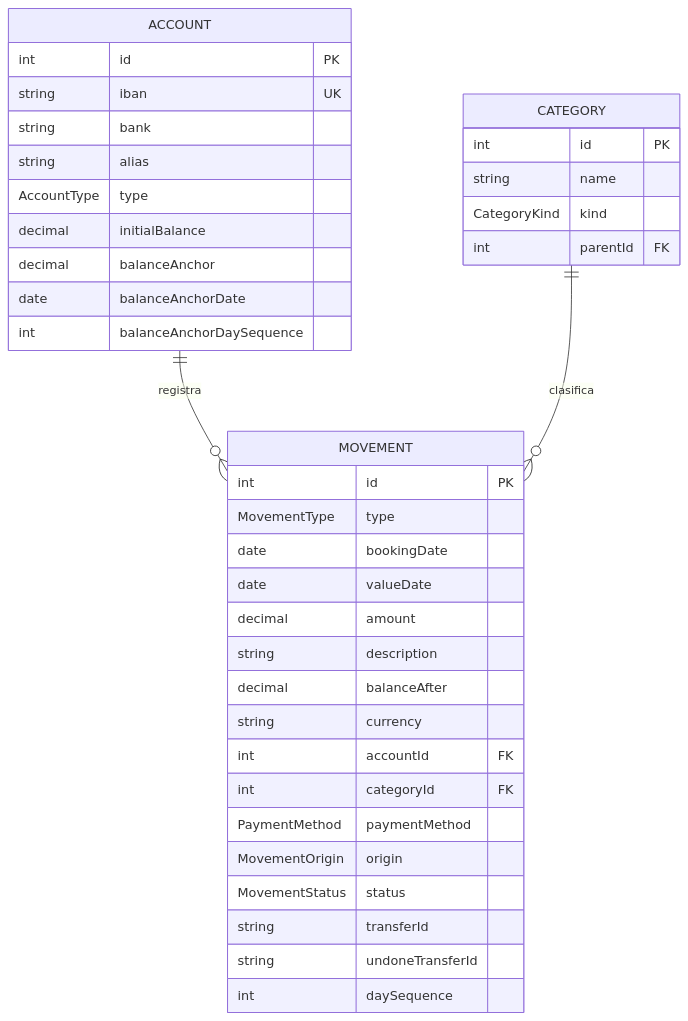
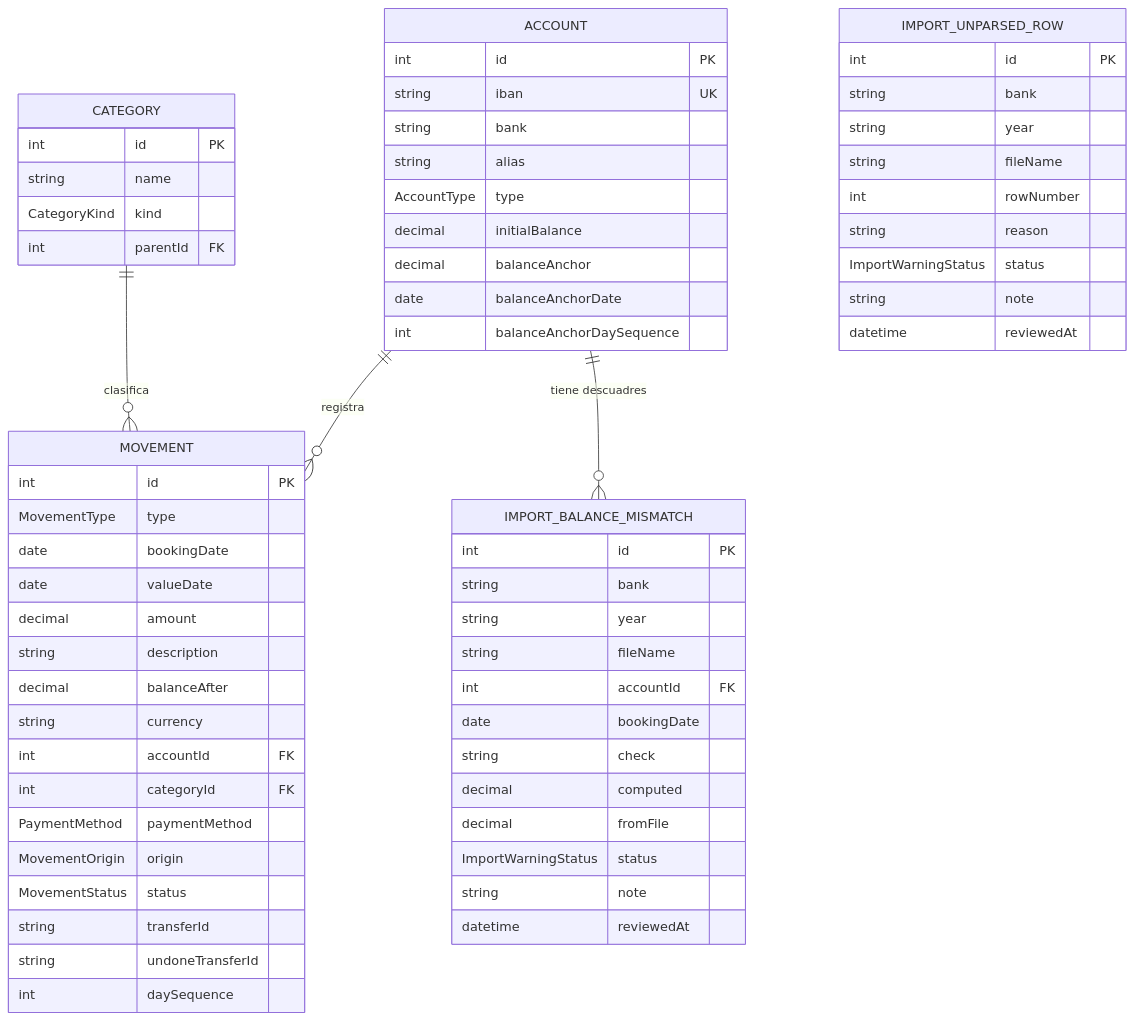
One commit to wanyos/control-gastos-backend changed the first of 2 diagrams in docs/data-model.md. Above: the diagram before and after it, drawn with Mermaid. The commit also changed other lines of this file and 25 other files, not shown here.

````diff
--- a/docs/data-model.md
+++ b/docs/data-model.md
@@ -74,40 +75,66 @@
 ```mermaid
 erDiagram
     ACCOUNT ||--o{ MOVEMENT : registra
     CATEGORY ||--o{ MOVEMENT : clasifica
+    ACCOUNT ||--o{ IMPORT_BALANCE_MISMATCH : "tiene descuadres"
+    IMPORT_UNPARSED_ROW {
+        int id PK
+        string bank
+        string year
+        string fileName
+        int rowNumber
+        string reason
+        ImportWarningStatus status
+        string note
+        datetime reviewedAt
+    }
+    IMPORT_BALANCE_MISMATCH {
+        int id PK
+        string bank
+        string year
+        string fileName
+        int accountId FK
+        date bookingDate
+        string check
+        decimal computed
+        decimal fromFile
+        ImportWarningStatus status
+        string note
+        datetime reviewedAt
+    }
     ACCOUNT {
         int id PK
         string iban UK
         string bank
         string alias
         AccountType type
         decimal initialBalance
         decimal balanceAnchor
         date balanceAnchorDate
         int balanceAnchorDaySequence
     }
     CATEGORY {
         int id PK
         string name
         CategoryKind kind
         int parentId FK
     }
     MOVEMENT {
         int id PK
         MovementType type
         date bookingDate
         date valueDate
         decimal amount
         string description
         decimal balanceAfter
         string currency
         int accountId FK
         int categoryId FK
         PaymentMethod paymentMethod
         MovementOrigin origin
         MovementStatus status
         string transferId
         string undoneTransferId
         int daySequence
     }
 ```
````
